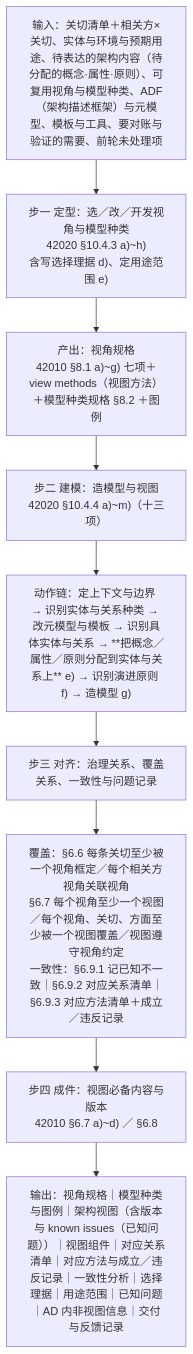
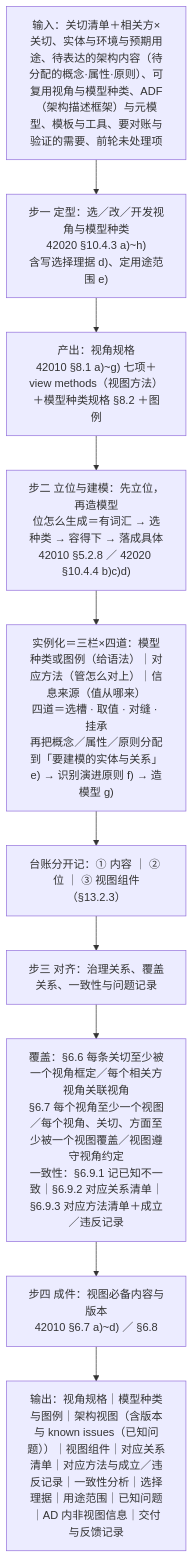
The sixth of 9 diagrams in 10-系统工程研究/00-系统工程相关研究报告/35-架构定义与视图设计研究报告-从意义目的到产品数据与四案例.md (Yongjunzhou/business-Engineering), drawn with Mermaid before and after one commit. The commit also changed other lines of this file and 30 other files, not shown here.

````diff
--- a/10-系统工程研究/00-系统工程相关研究报告/35-架构定义与视图设计研究报告-从意义目的到产品数据与四案例.md
+++ b/10-系统工程研究/00-系统工程相关研究报告/35-架构定义与视图设计研究报告-从意义目的到产品数据与四案例.md
@@ -751,11 +752,12 @@
 ```mermaid
 flowchart TD
     I["输入：关切清单＋相关方×关切、实体与环境与预期用途、待表达的架构内容（待分配的概念·属性·原则）、可复用视角与模型种类、ADF（架构描述框架）与元模型、模板与工具、要对账与验证的需要、前轮未处理项"] --> S1
     S1["步一 定型：选／改／开发视角与模型种类<br/>42020 §10.4.3 a)~h)<br/>含写选择理据 d)、定用途范围 e)"] --> A1["产出：视角规格<br/>42010 §8.1 a)~g) 七项＋view methods（视图方法）<br/>＋模型种类规格 §8.2 ＋图例"]
-    A1 --> S2["步二 建模：造模型与视图<br/>42020 §10.4.4 a)~m)（十三项）"]
-    S2 --> A2["动作链：定上下文与边界 → 识别实体与关系种类 → 改元模型与模板 → 识别具体实体与关系 → **把概念／属性／原则分配到实体与关系上** e) → 识别演进原则 f) → 造模型 g)"]
-    A2 --> S3["步三 对齐：治理关系、覆盖关系、一致性与问题记录"]
+    A1 --> S2["步二 立位与建模：先立位，再造模型<br/>位怎么生成＝有词汇 → 选种类 → 容得下 → 落成具体<br/>42010 §5.2.8 ／ 42020 §10.4.4 b)c)d)"]
+    S2 --> A2["实例化＝三栏×四道：模型种类或图例（给语法）｜对应方法（管怎么对上）｜信息来源（值从哪来）<br/>四道＝选槽 · 取值 · 对缝 · 挂承<br/>再把概念／属性／原则分配到「要建模的实体与关系」e) → 识别演进原则 f) → 造模型 g)"]
+    A2 --> A2b["台账分开记：① 内容 ｜ ② 位 ｜ ③ 视图组件（§13.2.3）"]
+    A2b --> S3["步三 对齐：治理关系、覆盖关系、一致性与问题记录"]
     S3 --> A3["覆盖：§6.6 每条关切至少被一个视角框定／每个相关方视角关联视角<br/>§6.7 每个视角至少一个视图／每个视角、关切、方面至少被一个视图覆盖／视图遵守视角约定<br/>一致性：§6.9.1 记已知不一致｜§6.9.2 对应关系清单｜§6.9.3 对应方法清单＋成立／违反记录"]
     A3 --> S4["步四 成件：视图必备内容与版本<br/>42010 §6.7 a)~d) ／ §6.8"]
     S4 --> O["输出：视角规格｜模型种类与图例｜架构视图（含版本与 known issues（已知问题））｜视图组件｜对应关系清单｜对应方法与成立／违反记录｜一致性分析｜选择理据｜用途范围｜已知问题｜AD 内非视图信息｜交付与反馈记录"]
 ```
````
